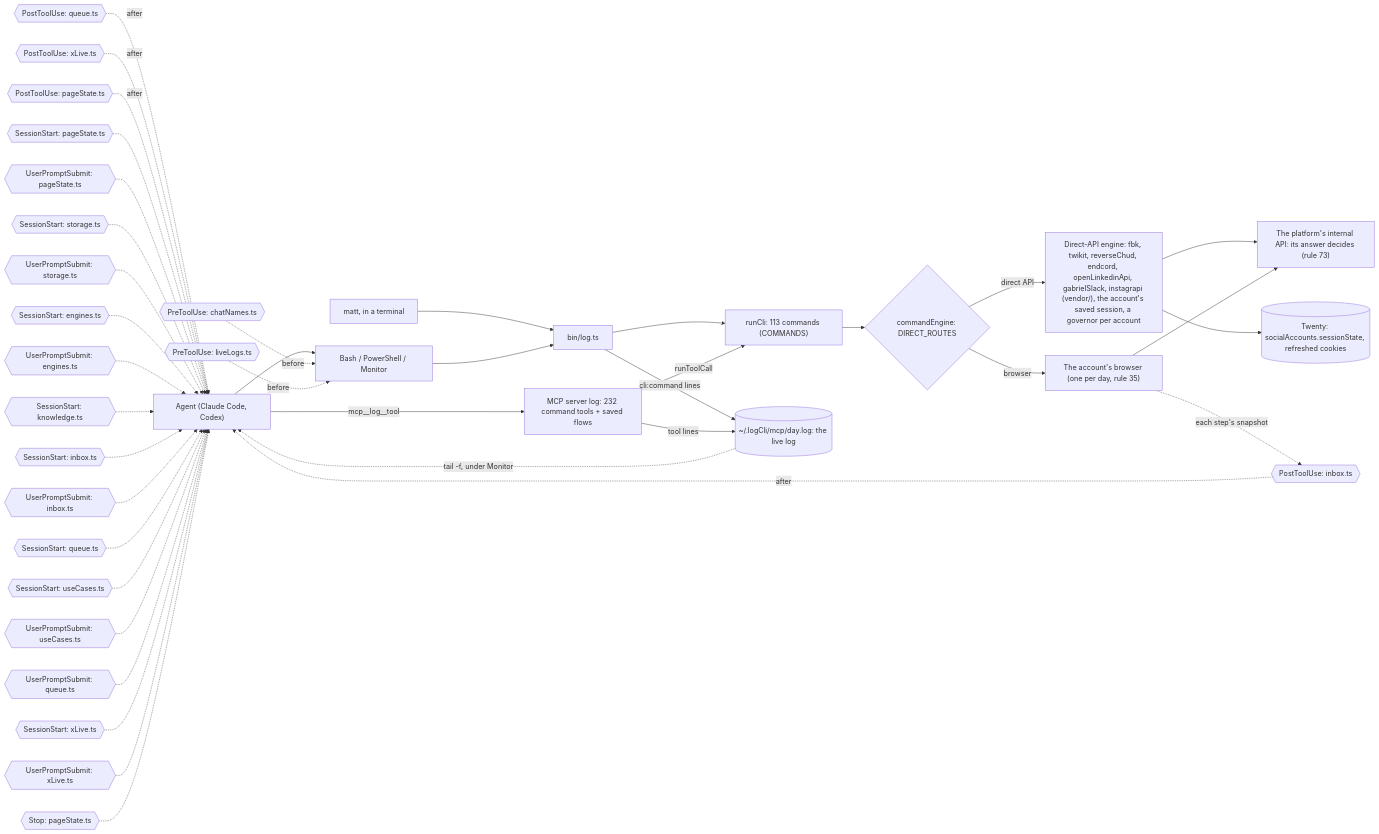
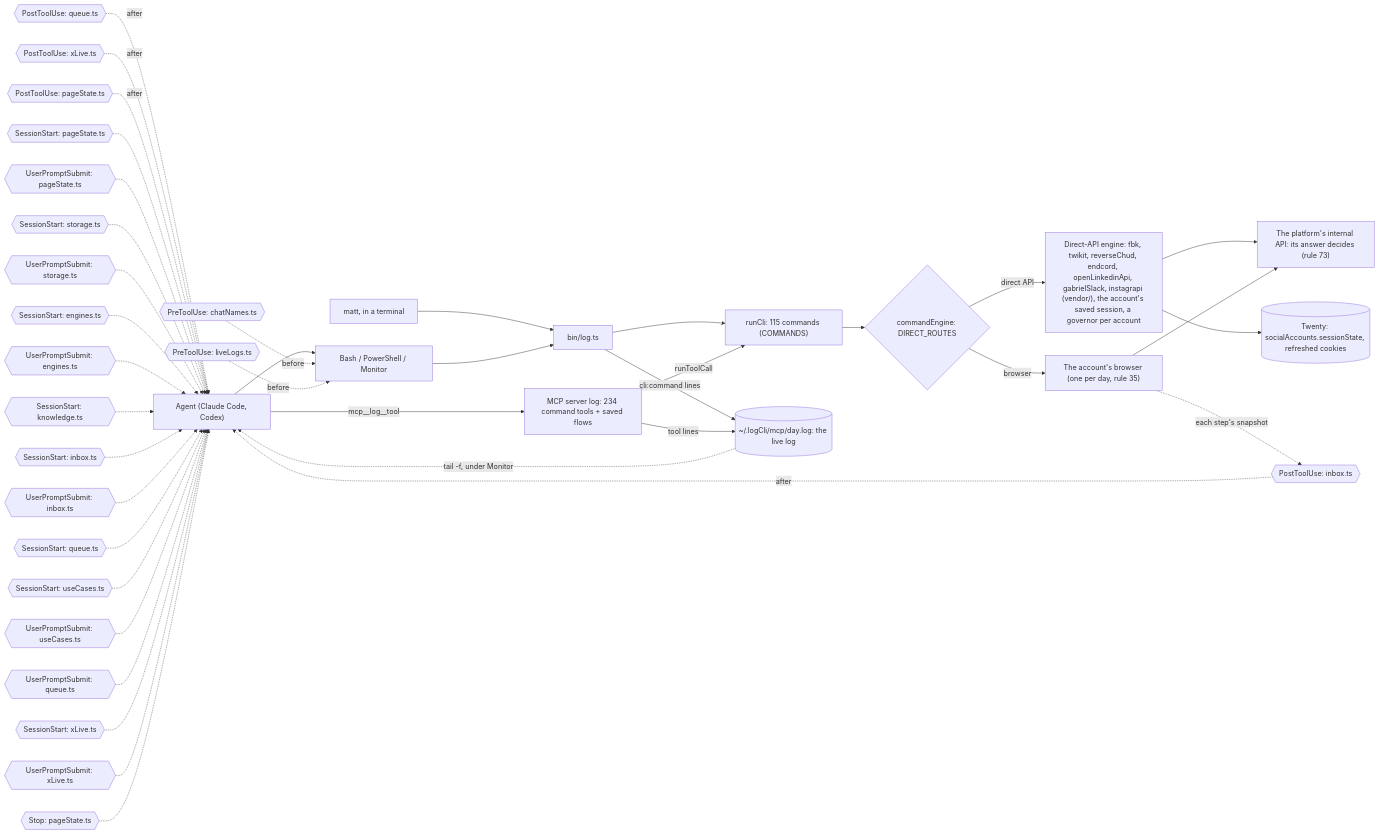
One commit to matthewdonsemail-lab/log changed the diagram in docs/diagrams/surface.mmd. Above: the diagram before and after it, drawn with Mermaid. The commit also changed 46 other files, not shown here.

```diff
--- a/docs/diagrams/surface.mmd
+++ b/docs/diagrams/surface.mmd
@@ -1,53 +1,53 @@
 %% How a call reaches log-cli. From a shell or over MCP, both run the same commands through `runCli`, write the same live log, and pass through the same hooks. `commandEngine` sends each command to the platform's direct API or to the account's browser.
 %% Written by `bun run docs:build` from the code (rule 56). Not edited by hand.
 flowchart LR
   agent["Agent (Claude Code, Codex)"]
   matt["matt, in a terminal"]
   shell["Bash / PowerShell / Monitor"]
-  mcp["MCP server log: 232 command tools + saved flows"]
+  mcp["MCP server log: 234 command tools + saved flows"]
   bin["bin/log.ts"]
-  runCli["runCli: 113 commands (COMMANDS)"]
+  runCli["runCli: 115 commands (COMMANDS)"]
   live[("~/.logCli/mcp/day.log: the live log")]
   engine{"commandEngine: DIRECT_ROUTES"}
   direct["Direct-API engine: fbk, twikit, reverseChud, endcord, openLinkedinApi, gabrielSlack, instagrapi (vendor/), the account's saved session, a governor per account"]
   browser["The account's browser (one per day, rule 35)"]
   api["The platform's internal API: its answer decides (rule 73)"]
   twenty[("Twenty: socialAccounts.sessionState, refreshed cookies")]
   agent --> shell
   matt --> bin
   shell --> bin
   agent -->|mcp__log__tool| mcp
   bin --> runCli
   mcp -->|runToolCall| runCli
   runCli --> engine
   engine -->|direct API| direct
   engine -->|browser| browser
   direct --> api
   browser --> api
   direct --> twenty
   bin -->|cli:command lines| live
   mcp -->|tool lines| live
   live -.->|tail -f, under Monitor| agent
   pre0{{"PreToolUse: chatNames.ts"}} -.->|before| shell
   pre1{{"PreToolUse: liveLogs.ts"}} -.->|before| shell
   post0{{"PostToolUse: inbox.ts"}} -.->|after| agent
   post1{{"PostToolUse: queue.ts"}} -.->|after| agent
   post2{{"PostToolUse: xLive.ts"}} -.->|after| agent
   post3{{"PostToolUse: pageState.ts"}} -.->|after| agent
   turn0{{"SessionStart: pageState.ts"}} -.-> agent
   turn1{{"UserPromptSubmit: pageState.ts"}} -.-> agent
   turn2{{"SessionStart: storage.ts"}} -.-> agent
   turn3{{"UserPromptSubmit: storage.ts"}} -.-> agent
   turn4{{"SessionStart: engines.ts"}} -.-> agent
   turn5{{"UserPromptSubmit: engines.ts"}} -.-> agent
   turn6{{"SessionStart: knowledge.ts"}} -.-> agent
   turn7{{"SessionStart: inbox.ts"}} -.-> agent
   turn8{{"UserPromptSubmit: inbox.ts"}} -.-> agent
   turn9{{"SessionStart: queue.ts"}} -.-> agent
   turn10{{"SessionStart: useCases.ts"}} -.-> agent
   turn11{{"UserPromptSubmit: useCases.ts"}} -.-> agent
   turn12{{"UserPromptSubmit: queue.ts"}} -.-> agent
   turn13{{"SessionStart: xLive.ts"}} -.-> agent
   turn14{{"UserPromptSubmit: xLive.ts"}} -.-> agent
   turn15{{"Stop: pageState.ts"}} -.-> agent
   browser -.->|each step's snapshot| post0
```
